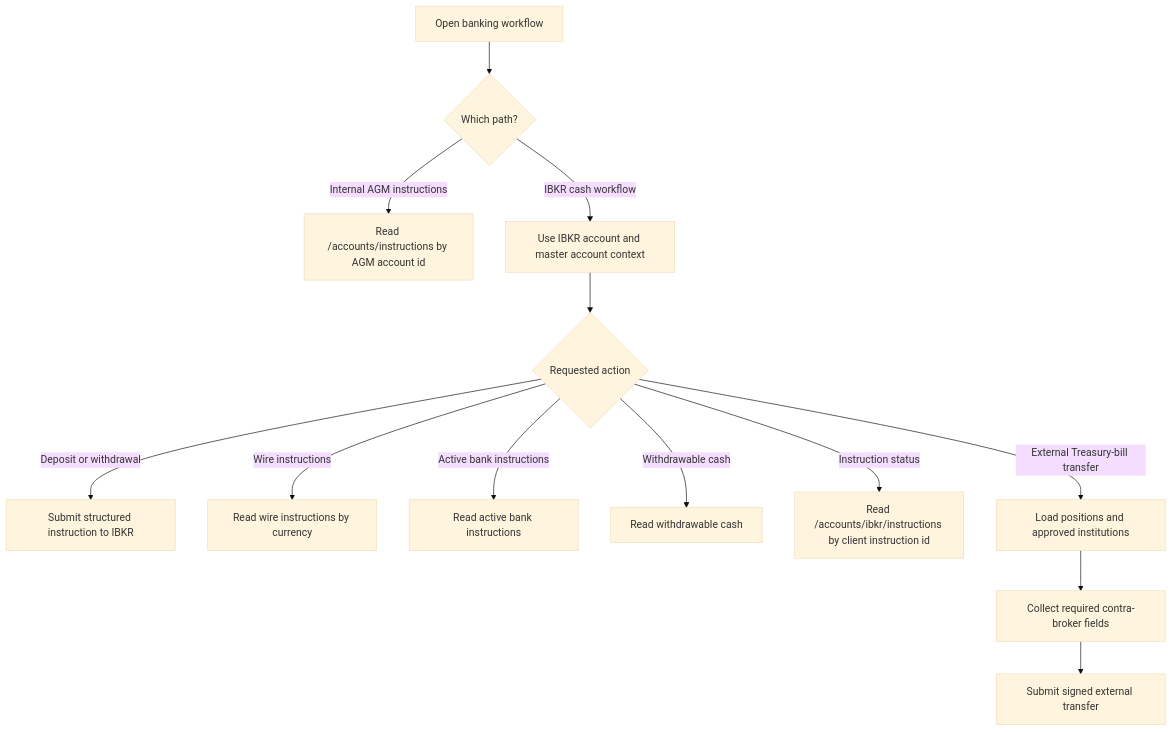
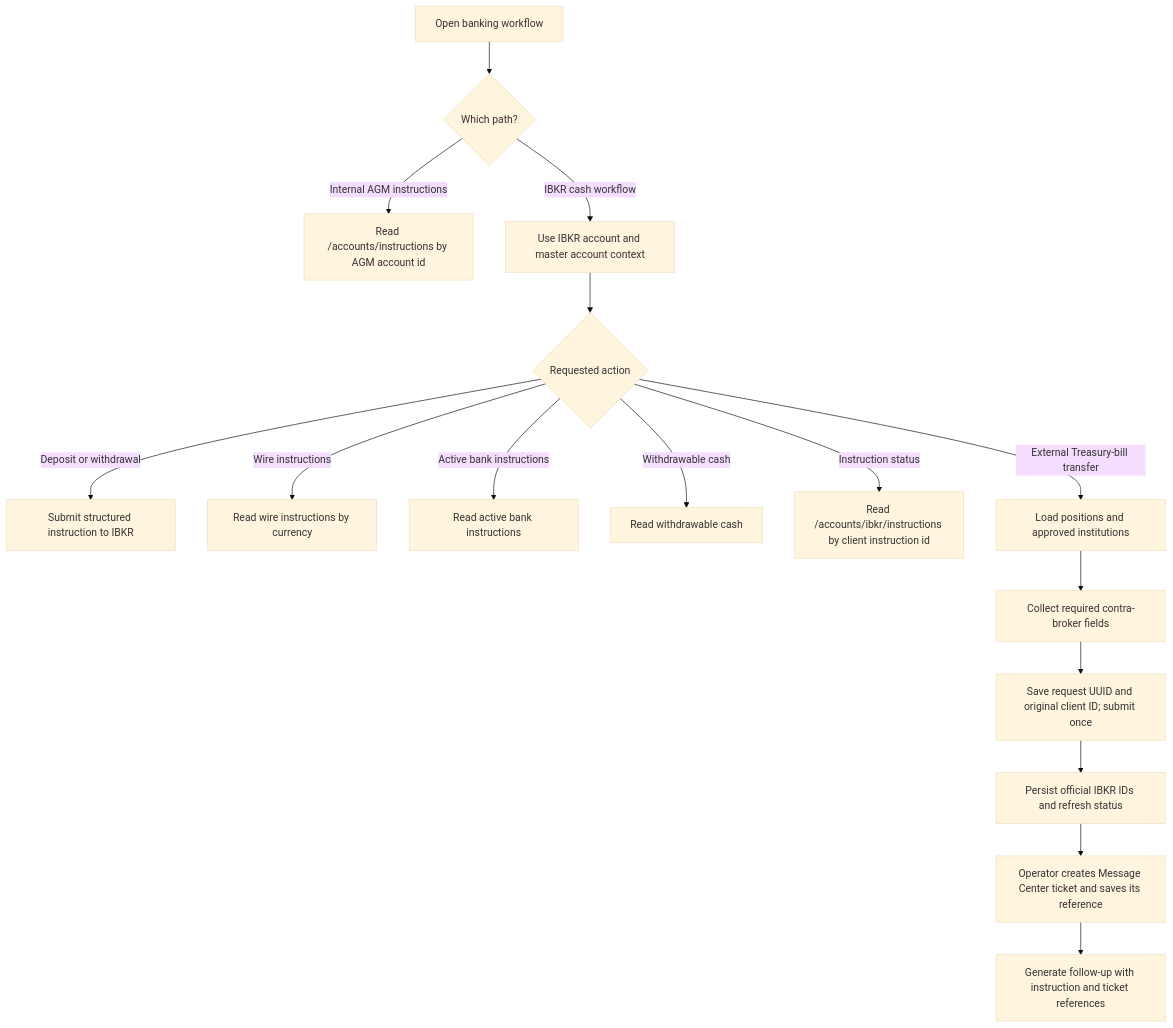
The diagram in processes/11-account-banking-instructions-handling.md (agmtrader/compliance), drawn with Mermaid (base theme) before and after one commit. The commit also changed other lines of this file and 13 other files, not shown here.

````diff
--- a/processes/11-account-banking-instructions-handling.md
+++ b/processes/11-account-banking-instructions-handling.md
@@ -42,15 +47,18 @@
 ```mermaid
 flowchart TD
     A["Open banking workflow"] --> B{"Which path?"}
     B -- "Internal AGM instructions" --> C["Read /accounts/instructions by AGM account id"]
     B -- "IBKR cash workflow" --> D["Use IBKR account and master account context"]
     D --> E{"Requested action"}
     E -- "Deposit or withdrawal" --> F["Submit structured instruction to IBKR"]
     E -- "Wire instructions" --> G["Read wire instructions by currency"]
     E -- "Active bank instructions" --> H["Read active bank instructions"]
     E -- "Withdrawable cash" --> I["Read withdrawable cash"]
     E -- "Instruction status" --> J["Read /accounts/ibkr/instructions by client instruction id"]
     E -- "External Treasury-bill transfer" --> K["Load positions and approved institutions"]
     K --> L["Collect required contra-broker fields"]
-    L --> M["Submit signed external transfer"]
+    L --> M["Save request UUID and original client ID; submit once"]
+    M --> N["Persist official IBKR IDs and refresh status"]
+    N --> O["Operator creates Message Center ticket and saves its reference"]
+    O --> P["Generate follow-up with instruction and ticket references"]
 ```
````
